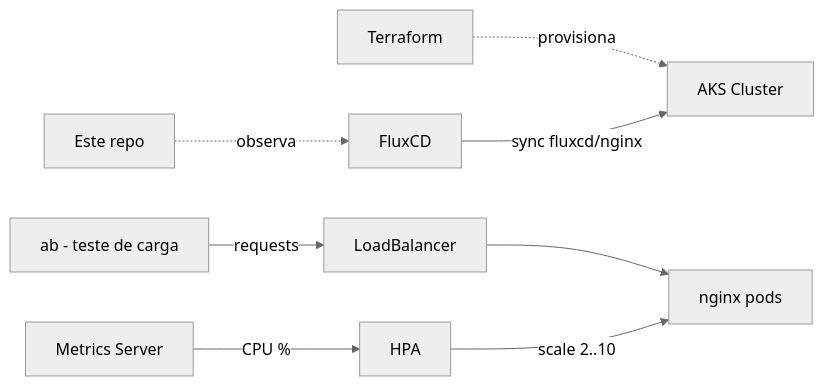
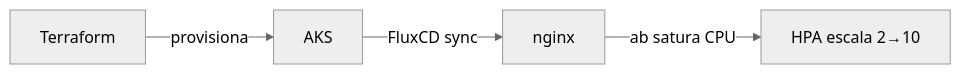
Before and after one commit to luizbrito7/cp03-scalability.fiap: the diagram in README.md, drawn with Mermaid (neutral theme).

Commit message:
fix: update mermaid diagram for clarity in architecture representation

````diff
--- a/README.md
+++ b/README.md
@@ -13,10 +13,6 @@
 ```mermaid
 flowchart LR
-    TF[Terraform] -.provisiona.-> AKS[AKS Cluster]
-    Repo[Este repo] -.observa.-> Flux[FluxCD]
-    Flux -->|sync fluxcd/nginx| AKS
-    AB[ab - teste de carga] -->|requests| LB[LoadBalancer]
-    LB --> Pods[nginx pods]
-    MS[Metrics Server] -->|CPU %| HPA[HPA]
-    HPA -->|scale 2..10| Pods
+    TF[Terraform] -->|provisiona| AKS[AKS]
+    AKS -->|FluxCD sync| Nginx[nginx]
+    Nginx -->|ab satura CPU| HPA[HPA escala 2→10]
 ```
````
